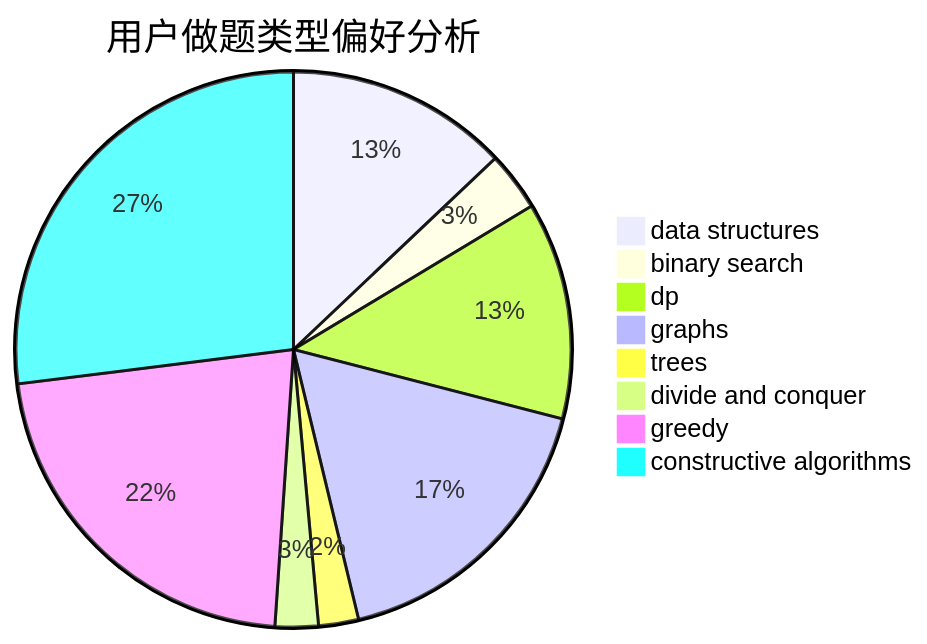
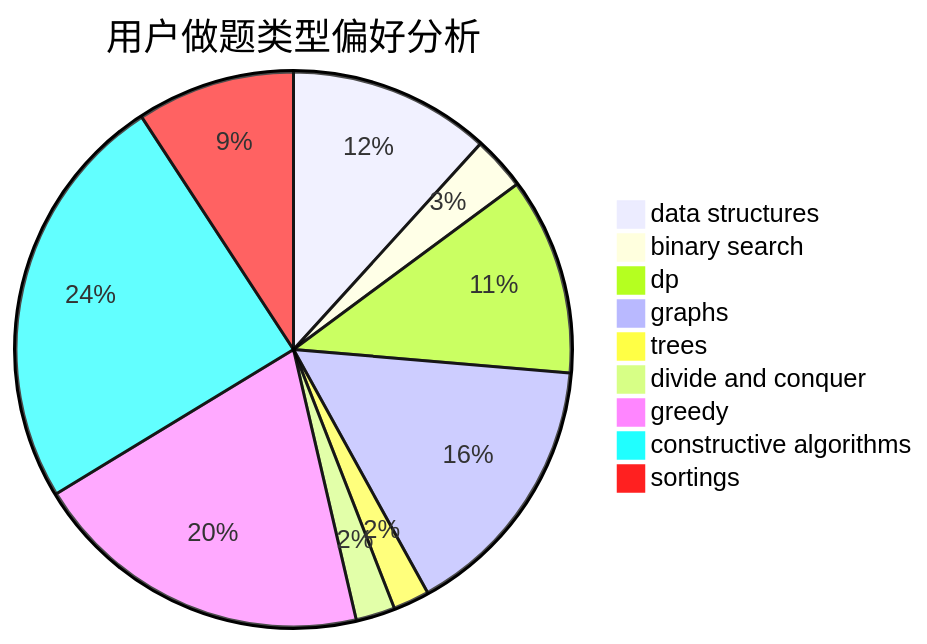
Before and after one commit to sherpahu/cfrs.github.io: the second of 3 diagrams in docs/user/u138.md, drawn with Mermaid. The commit also changed other lines of this file and 2769 other files, not shown here.

````diff
--- a/docs/user/u138.md
+++ b/docs/user/u138.md
@@ -23,11 +18,12 @@
 ```mermaid
 pie title 用户做题类型偏好分析
     "data structures" :  139
     "binary search" :  37
     "dp" :  136
     "graphs" :  185
     "trees" :  25
     "divide and conquer" :  27
     "greedy" :  236
     "constructive algorithms" :  290
+    "sortings" :  109
 ```
````
